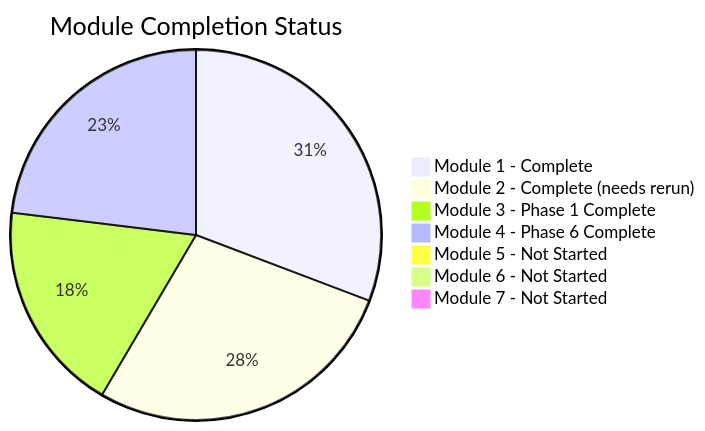
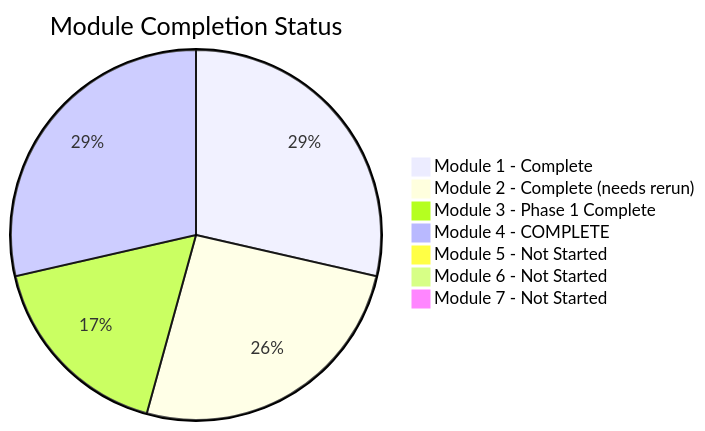
One commit to moinhs1/extracting-features changed the second of 3 diagrams in docs/progress.md. Above: the diagram before and after it, drawn with Mermaid. The commit also changed other lines of this file and 3 other files, not shown here.

````diff
--- a/docs/progress.md
+++ b/docs/progress.md
@@ -54,10 +55,10 @@
 ```mermaid
 pie title Module Completion Status
     "Module 1 - Complete" : 100
     "Module 2 - Complete (needs rerun)" : 90
     "Module 3 - Phase 1 Complete" : 60
-    "Module 4 - Phase 6 Complete" : 75
+    "Module 4 - COMPLETE" : 100
     "Module 5 - Not Started" : 0
     "Module 6 - Not Started" : 0
     "Module 7 - Not Started" : 0
 ```
````
